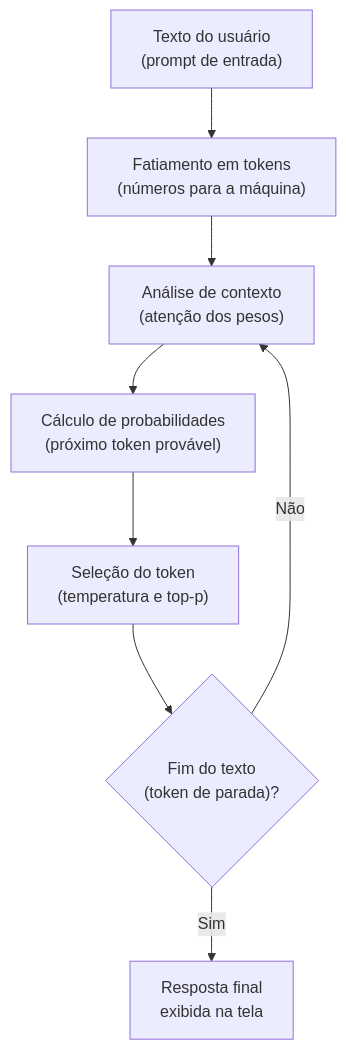
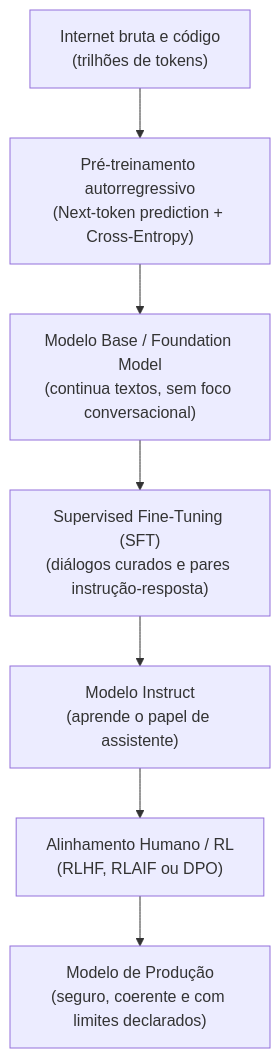
The diagram in llm/01-O que são LLMs e como funcionam.md (leorruas/programacao), drawn with Mermaid before and after one commit. The commit also changed other lines of this file and 6 other files, not shown here.

````diff
--- a/llm/01-O que são LLMs e como funcionam.md
+++ b/llm/01-O que são LLMs e como funcionam.md
@@ -23,10 +21,9 @@
 ```mermaid
 flowchart TD
-    Prompt["Texto do usuário<br>(prompt de entrada)"] --> Fatiamento["Fatiamento em tokens<br>(números para a máquina)"]
-    Fatiamento --> Contexto["Análise de contexto<br>(atenção dos pesos)"]
-    Contexto --> Predicao["Cálculo de probabilidades<br>(próximo token provável)"]
-    Predicao --> Escolha["Seleção do token<br>(temperatura e top-p)"]
-    Escolha --> FinalCheck{"Fim do texto<br>(token de parada)?"}
-    FinalCheck -->|Não| Contexto
-    FinalCheck -->|Sim| Saida["Resposta final<br>exibida na tela"]
+    DadosBrutos["Internet bruta e código<br>(trilhões de tokens)"] --> PreTreino["Pré-treinamento autorregressivo<br>(Next-token prediction + Cross-Entropy)"]
+    PreTreino --> ModeloBase["Modelo Base / Foundation Model<br>(continua textos, sem foco conversacional)"]
+    ModeloBase --> SFT["Supervised Fine-Tuning (SFT)<br>(diálogos curados e pares instrução-resposta)"]
+    SFT --> ModeloInstruido["Modelo Instruct<br>(aprende o papel de assistente)"]
+    ModeloInstruido --> Alinhamento["Alinhamento Humano / RL<br>(RLHF, RLAIF ou DPO)"]
+    Alinhamento --> ModeloFinal["Modelo de Produção<br>(seguro, coerente e com limites declarados)"]
 ```
````
